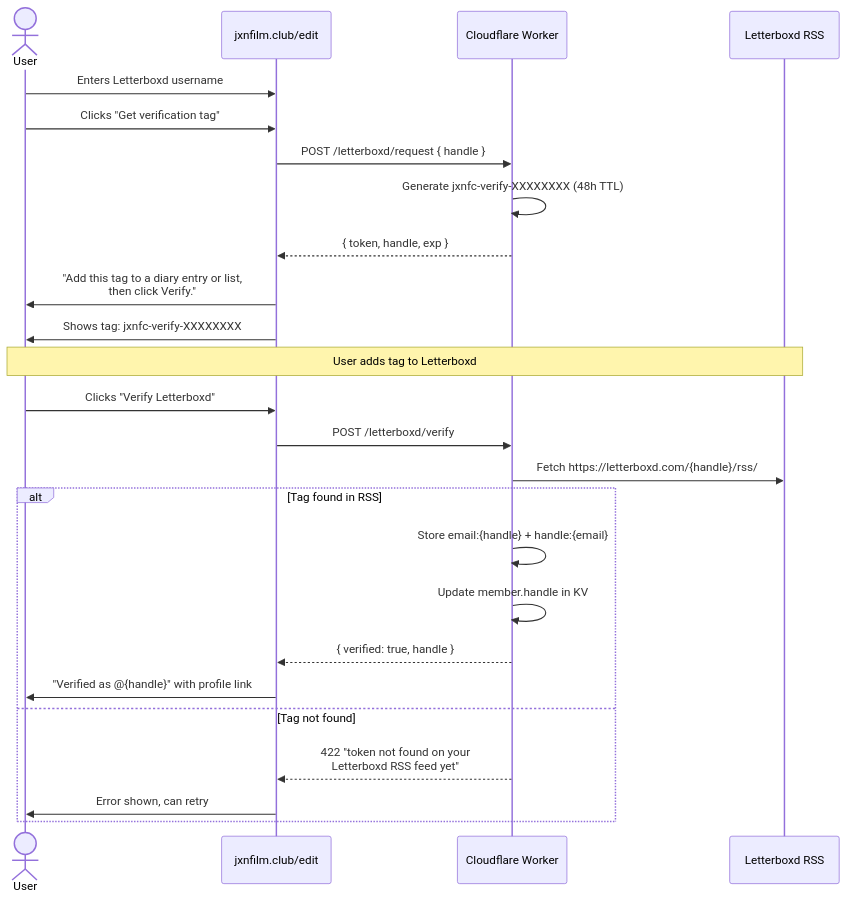
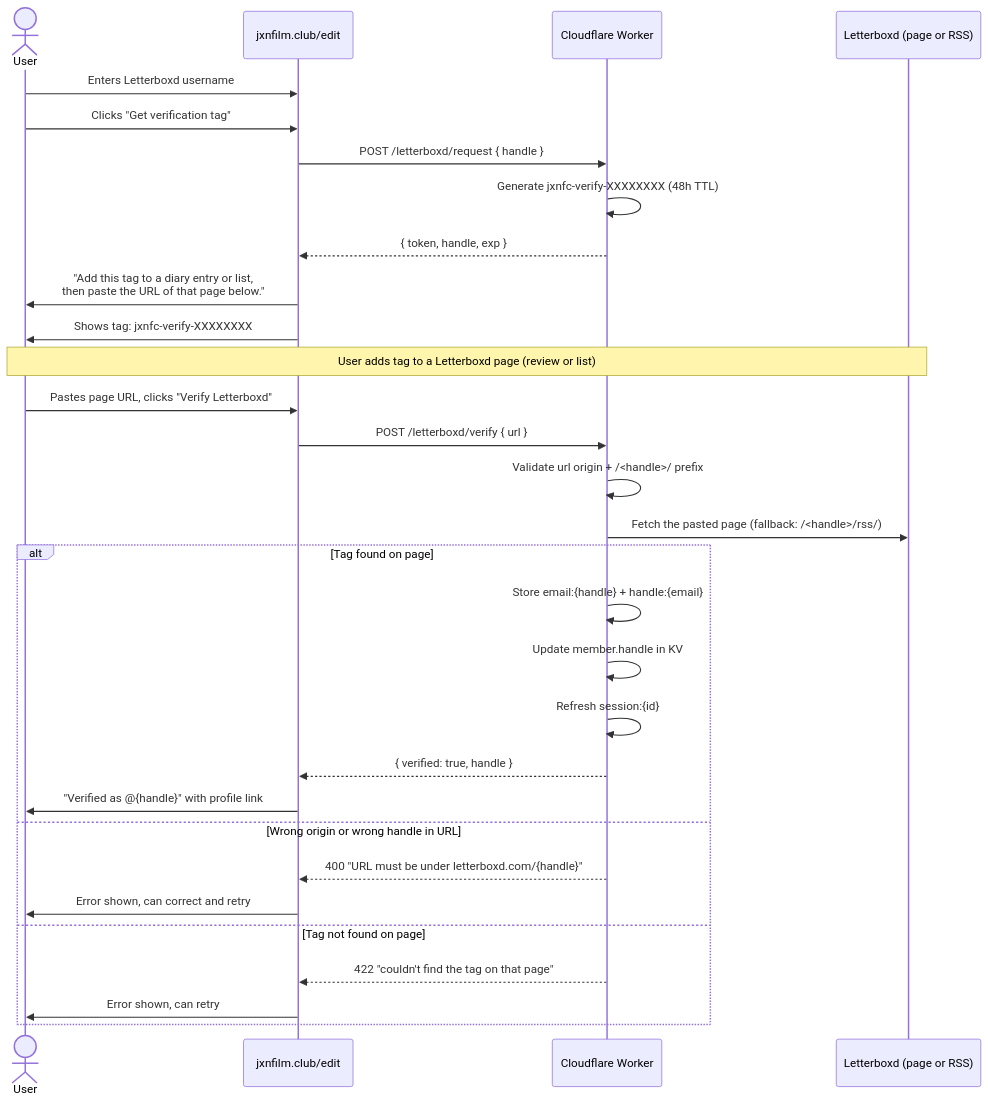
Before and after one commit to michaellambgelo/jxnfilmclub: the third of 3 diagrams in docs/features/member-profile.md, drawn with Mermaid. The commit also changed other lines of this file and 7 other files, not shown here.

````diff
--- a/docs/features/member-profile.md
+++ b/docs/features/member-profile.md
@@ -50,30 +50,35 @@
 ```mermaid
 sequenceDiagram
     actor User
     participant Site as jxnfilm.club/edit
     participant Worker as Cloudflare Worker
-    participant LB as Letterboxd RSS
+    participant LB as Letterboxd (page or RSS)
 
     User->>Site: Enters Letterboxd username
     User->>Site: Clicks "Get verification tag"
     Site->>Worker: POST /letterboxd/request { handle }
     Worker->>Worker: Generate jxnfc-verify-XXXXXXXX (48h TTL)
     Worker-->>Site: { token, handle, exp }
-    Site->>User: "Add this tag to a diary entry or list,<br/>then click Verify."
+    Site->>User: "Add this tag to a diary entry or list,<br/>then paste the URL of that page below."
     Site->>User: Shows tag: jxnfc-verify-XXXXXXXX
 
-    Note over User,LB: User adds tag to Letterboxd
+    Note over User,LB: User adds tag to a Letterboxd page (review or list)
 
-    User->>Site: Clicks "Verify Letterboxd"
-    Site->>Worker: POST /letterboxd/verify
-    Worker->>LB: Fetch https://letterboxd.com/{handle}/rss/
-    alt Tag found in RSS
+    User->>Site: Pastes page URL, clicks "Verify Letterboxd"
+    Site->>Worker: POST /letterboxd/verify { url }
+    Worker->>Worker: Validate url origin + /<handle>/ prefix
+    Worker->>LB: Fetch the pasted page (fallback: /<handle>/rss/)
+    alt Tag found on page
         Worker->>Worker: Store email:{handle} + handle:{email}
         Worker->>Worker: Update member.handle in KV
+        Worker->>Worker: Refresh session:{id}
         Worker-->>Site: { verified: true, handle }
         Site->>User: "Verified as @{handle}" with profile link
-    else Tag not found
-        Worker-->>Site: 422 "token not found on your<br/>Letterboxd RSS feed yet"
+    else Wrong origin or wrong handle in URL
+        Worker-->>Site: 400 "URL must be under letterboxd.com/{handle}"
+        Site->>User: Error shown, can correct and retry
+    else Tag not found on page
+        Worker-->>Site: 422 "couldn't find the tag on that page"
         Site->>User: Error shown, can retry
     end
 ```
````
